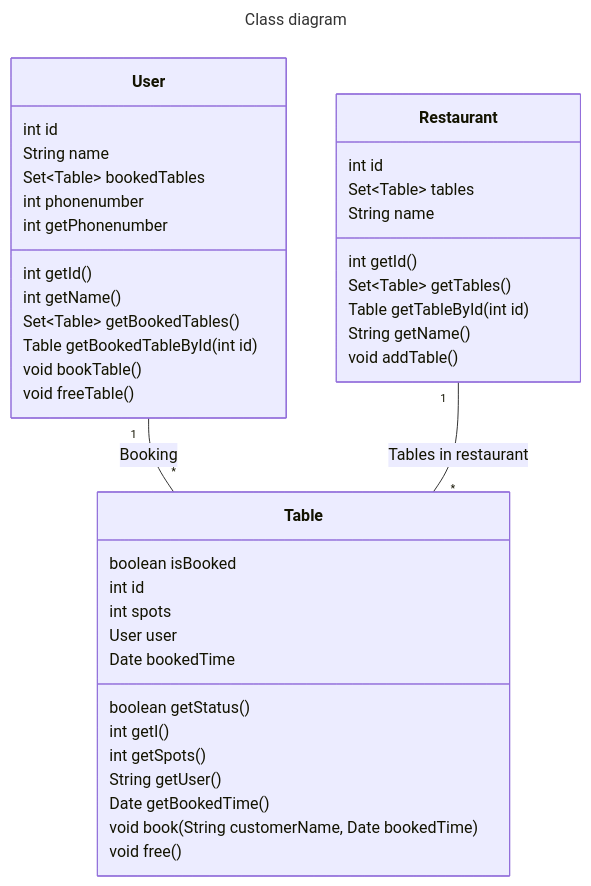
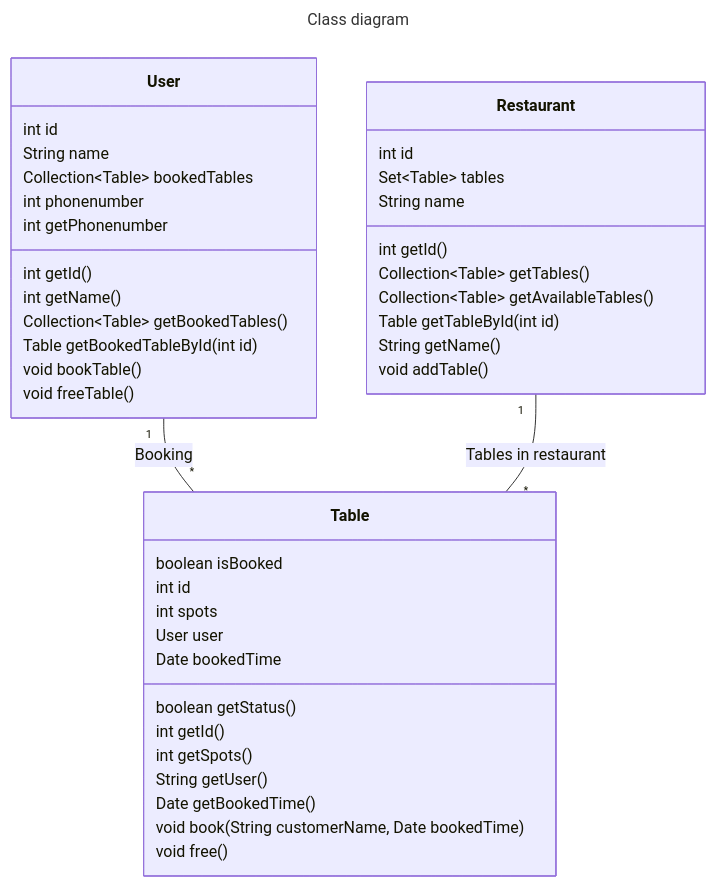
The diagram in class-diagram.md (marsun02/IT1901_Booking_Manager), drawn with Mermaid before and after one commit. The commit also changed 2 other files, not shown here.

Commit message:
changed Restaurant class to match class diagram

````diff
--- a/class-diagram.md
+++ b/class-diagram.md
@@ -1,52 +1,53 @@
 ```mermaid
 ---
 title: Class diagram
 ---
 
 classDiagram
     class Table{
         boolean isBooked
         int id
         int spots
         User user
         Date bookedTime
 
         boolean getStatus()
-        int getI()
+        int getId()
         int getSpots()
         String getUser()
         Date getBookedTime()
         void book(String customerName, Date bookedTime)
         void free()
     }
 
     class User{
         int id
         String name
-        Set&lt;Table&gt bookedTables
+        Collection&lt;Table&gt bookedTables
         int phonenumber
 
         int getId()
         int getName()
-        Set&lt;Table&gt getBookedTables()
+        Collection&lt;Table&gt getBookedTables()
         Table getBookedTableById(int id)
         int getPhonenumber
         void bookTable()
         void freeTable()
     }
 
     class Restaurant{
         int id
         Set&lt;Table&gt; tables
         String name
 
         int getId()
-        Set&lt;Table&gt getTables()
+        Collection&lt;Table&gt getTables()
+        Collection&lt;Table&gt getAvailableTables()
         Table getTableById(int id)
         String getName()
         void addTable()
     }
 
     User "1" -- "*" Table : Booking
     Restaurant "1" -- "*" Table : Tables in restaurant
 ```
````
